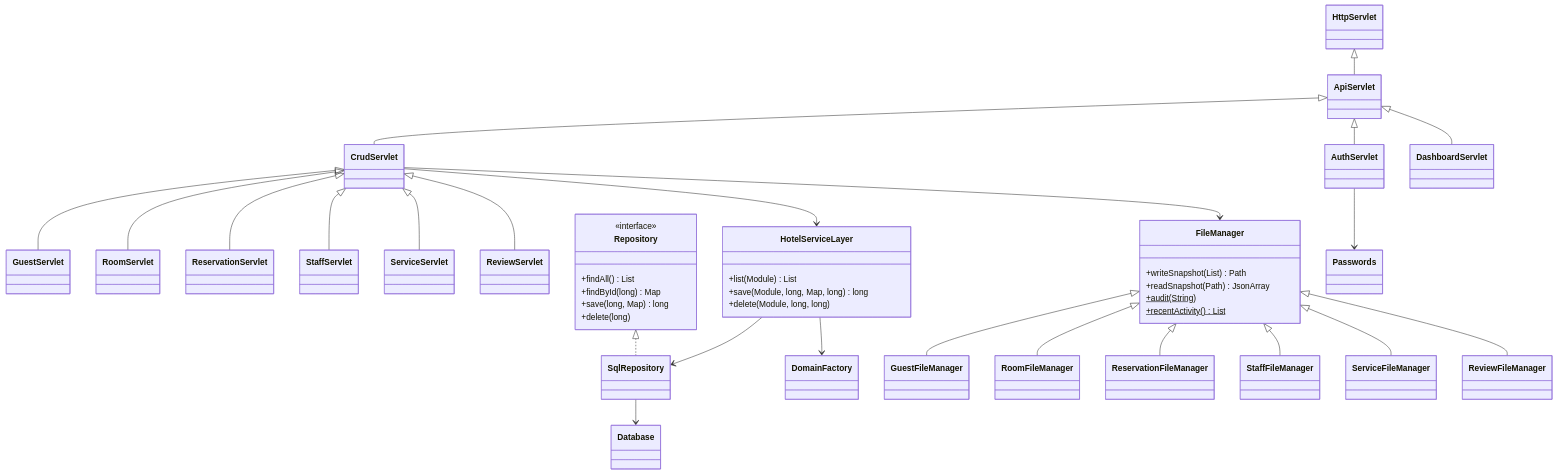
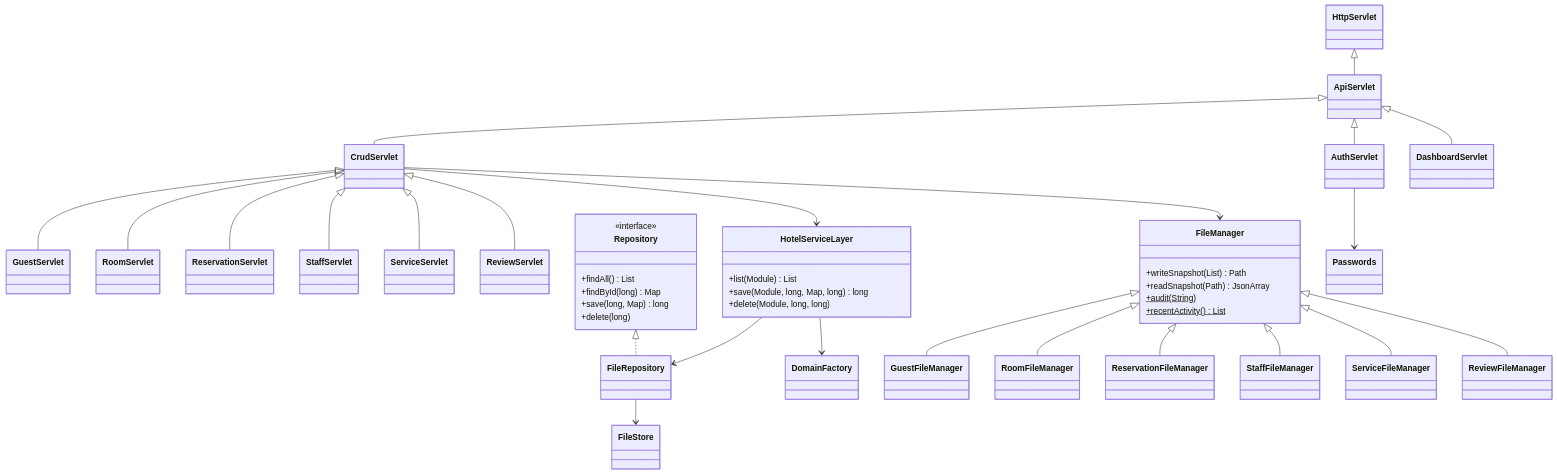
The second of 3 diagrams in docs/CLASS_DIAGRAM.md (MadaraOzzie/Hotel-Reservation-System-WE05-), drawn with Mermaid before and after one commit. The commit also changed other lines of this file and 54 other files, not shown here.

````diff
--- a/docs/CLASS_DIAGRAM.md
+++ b/docs/CLASS_DIAGRAM.md
@@ -87,44 +87,44 @@
 ```mermaid
 classDiagram
   HttpServlet <|-- ApiServlet
   ApiServlet <|-- CrudServlet
   ApiServlet <|-- AuthServlet
   ApiServlet <|-- DashboardServlet
   CrudServlet <|-- GuestServlet
   CrudServlet <|-- RoomServlet
   CrudServlet <|-- ReservationServlet
   CrudServlet <|-- StaffServlet
   CrudServlet <|-- ServiceServlet
   CrudServlet <|-- ReviewServlet
   CrudServlet --> HotelServiceLayer
   CrudServlet --> FileManager
-  HotelServiceLayer --> SqlRepository
+  HotelServiceLayer --> FileRepository
   HotelServiceLayer --> DomainFactory
-  Repository <|.. SqlRepository
-  SqlRepository --> Database
+  Repository <|.. FileRepository
+  FileRepository --> FileStore
   FileManager <|-- GuestFileManager
   FileManager <|-- RoomFileManager
   FileManager <|-- ReservationFileManager
   FileManager <|-- StaffFileManager
   FileManager <|-- ServiceFileManager
   FileManager <|-- ReviewFileManager
   AuthServlet --> Passwords
   class Repository {
     <<interface>>
     +findAll() List
     +findById(long) Map
     +save(long, Map) long
     +delete(long)
   }
   class HotelServiceLayer {
     +list(Module) List
     +save(Module, long, Map, long) long
     +delete(Module, long, long)
   }
   class FileManager {
     +writeSnapshot(List) Path
     +readSnapshot(Path) JsonArray
     +audit(String)$
     +recentActivity()$ List
   }
 ```
````
